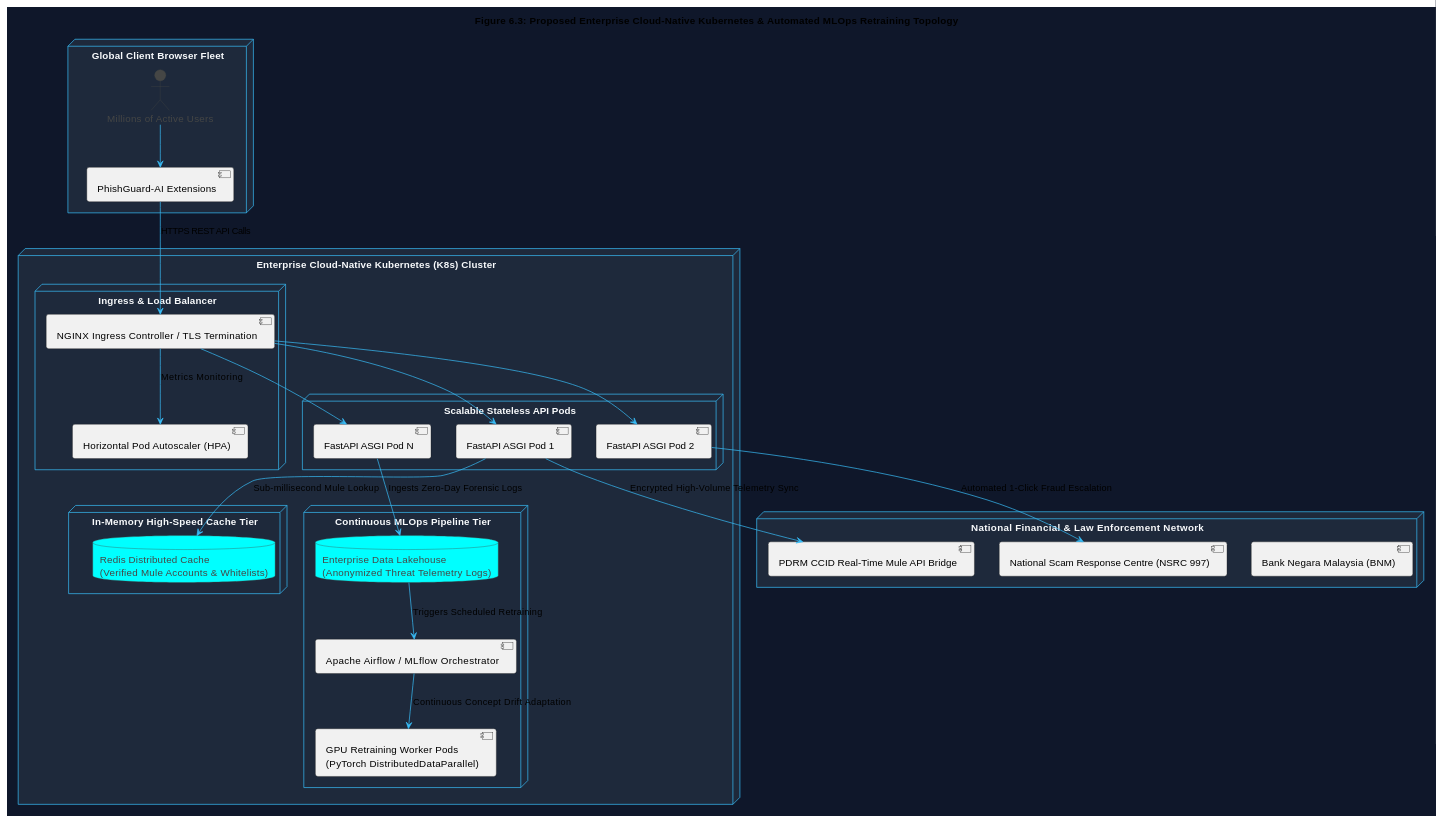
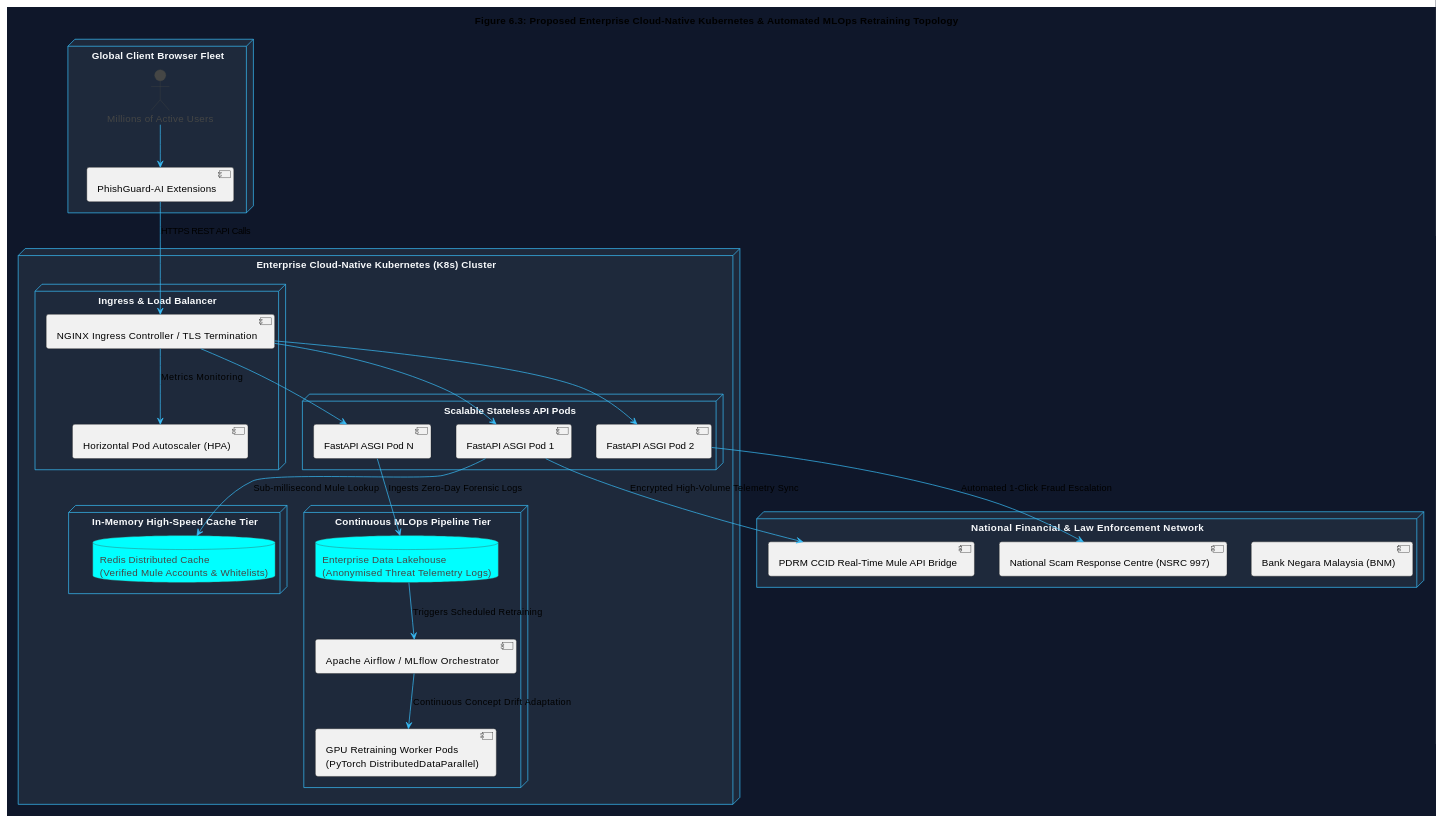
Before and after one commit to KunTheNoobie/PhishGuard-AI-Complete: the third of 3 diagrams in report/Chapter_6_Discussion_Conclusion.md, drawn with PlantUML. The commit also changed other lines of this file, not shown here.

````diff
--- a/report/Chapter_6_Discussion_Conclusion.md
+++ b/report/Chapter_6_Discussion_Conclusion.md
@@ -183,60 +185,60 @@
 ```plantuml
 @startuml Future_Enterprise_Architecture_Chapter_6
 !theme vibrant
 skinparam backgroundColor #0f172a
 skinparam ArrowColor #38bdf8
 skinparam NodeBorderColor #38bdf8
 skinparam NodeBackgroundColor #1e293b
 skinparam NodeFontColor #f8fafc
 
 title Figure 6.3: Proposed Enterprise Cloud-Native Kubernetes & Automated MLOps Retraining Topology
 
 node "Global Client Browser Fleet" {
     actor "Millions of Active Users" as Users
     [PhishGuard-AI Extensions] as Exts
 }
 
 node "Enterprise Cloud-Native Kubernetes (K8s) Cluster" as K8sCluster {
     node "Ingress & Load Balancer" {
         [NGINX Ingress Controller / TLS Termination] as Ingress
         [Horizontal Pod Autoscaler (HPA)] as HPA
     }
     
     node "Scalable Stateless API Pods" {
         [FastAPI ASGI Pod 1] as Pod1
         [FastAPI ASGI Pod 2] as Pod2
         [FastAPI ASGI Pod N] as PodN
     }
     
     node "In-Memory High-Speed Cache Tier" {
         database "Redis Distributed Cache\n(Verified Mule Accounts & Whitelists)" as RedisCache
     }
     
     node "Continuous MLOps Pipeline Tier" {
         [Apache Airflow / MLflow Orchestrator] as Airflow
         [GPU Retraining Worker Pods\n(PyTorch DistributedDataParallel)] as RetrainPods
-        database "Enterprise Data Lakehouse\n(Anonymized Threat Telemetry Logs)" as DataLake
+        database "Enterprise Data Lakehouse\n(Anonymised Threat Telemetry Logs)" as DataLake
     }
 }
 
 node "National Financial & Law Enforcement Network" as GovNetwork {
     [Bank Negara Malaysia (BNM)] as BNM
     [National Scam Response Centre (NSRC 997)] as NSRC
     [PDRM CCID Real-Time Mule API Bridge] as SemakmuleAPI
 }
 
 Users --> Exts
 Exts --> Ingress : HTTPS REST API Calls
 Ingress --> HPA : Metrics Monitoring
 Ingress --> Pod1
 Ingress --> Pod2
 Ingress --> PodN
 Pod1 --> RedisCache : Sub-millisecond Mule Lookup
 PodN --> DataLake : Ingests Zero-Day Forensic Logs
 DataLake --> Airflow : Triggers Scheduled Retraining
 Airflow --> RetrainPods : Continuous Concept Drift Adaptation
 Pod1 --> SemakmuleAPI : Encrypted High-Volume Telemetry Sync
 Pod2 --> NSRC : Automated 1-Click Fraud Escalation
 
 @enduml
 ```
````
